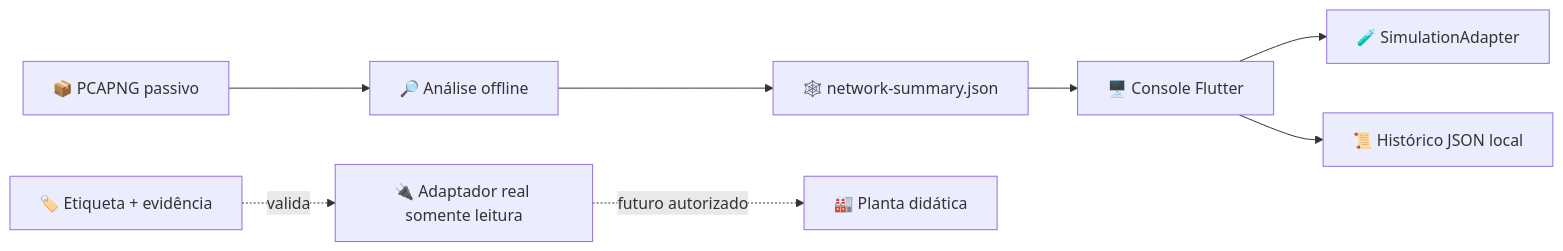
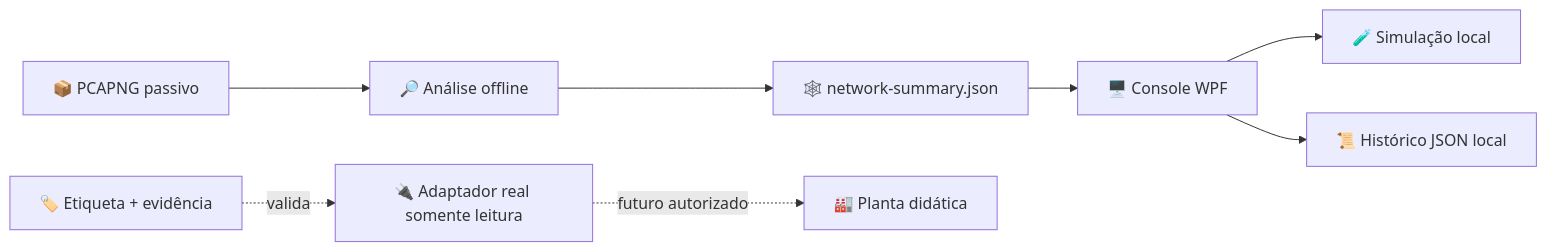
One commit to frahncky/PlantaFieldbus changed the diagram in README.md. Above: the diagram before and after it, drawn with Mermaid. The commit also changed other lines of this file and 5 other files, not shown here.

Commit message:
Add passive UDP discovery to WPF console

````diff
--- a/README.md
+++ b/README.md
@@ -62,10 +63,10 @@
 ```mermaid
 flowchart LR
-    UI["🖥️ Console Flutter"] --> SIM["🧪 SimulationAdapter"]
+    UI["🖥️ Console WPF"] --> SIM["🧪 Simulação local"]
     UI --> HIST["📜 Histórico JSON local"]
     PCAP["📦 PCAPNG passivo"] --> ANALYZE["🔎 Análise offline"]
     ANALYZE --> TOPO["🕸️ network-summary.json"]
     TOPO --> UI
     EVID["🏷️ Etiqueta + evidência"] -. valida .-> ADAPTER["🔌 Adaptador real somente leitura"]
     ADAPTER -. futuro autorizado .-> PLANT["🏭 Planta didática"]
 ```
````
